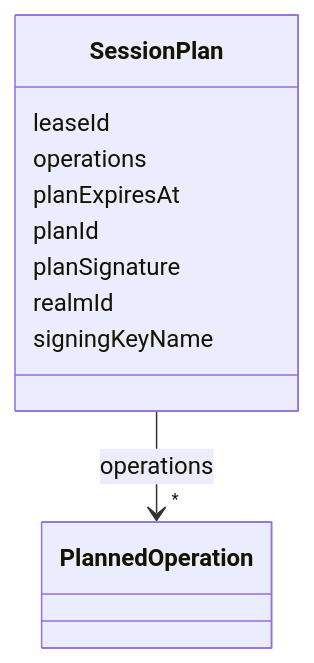
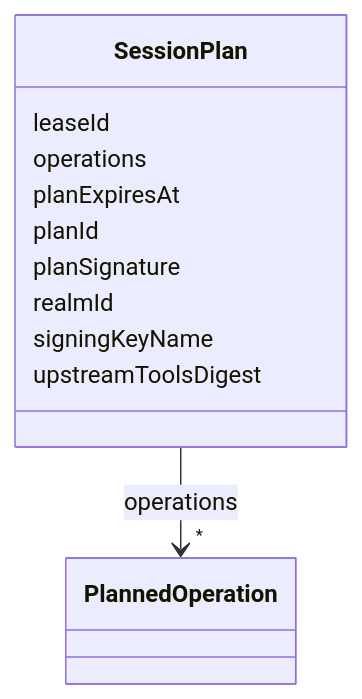
The diagram in metamodel/generated/docs/SessionPlan.md (open4good/jumo-core), drawn with Mermaid before and after one commit. The commit also changed other lines of this file and 13 other files, not shown here.

First line of the commit message:
feat(metamodel): pin upstream tools digest in session plans

````diff
--- a/metamodel/generated/docs/SessionPlan.md
+++ b/metamodel/generated/docs/SessionPlan.md
@@ -23,29 +23,31 @@
 ```mermaid
  classDiagram
     class SessionPlan
     click SessionPlan href "../SessionPlan/"
       SessionPlan : leaseId
 
       SessionPlan : operations
 
 
 
 
 
         SessionPlan --> "*" PlannedOperation : operations
         click PlannedOperation href "../PlannedOperation/"
 
 
 
       SessionPlan : planExpiresAt
 
       SessionPlan : planId
 
       SessionPlan : planSignature
 
       SessionPlan : realmId
 
       SessionPlan : signingKeyName
 
+      SessionPlan : upstreamToolsDigest
+
 
 ```
````
